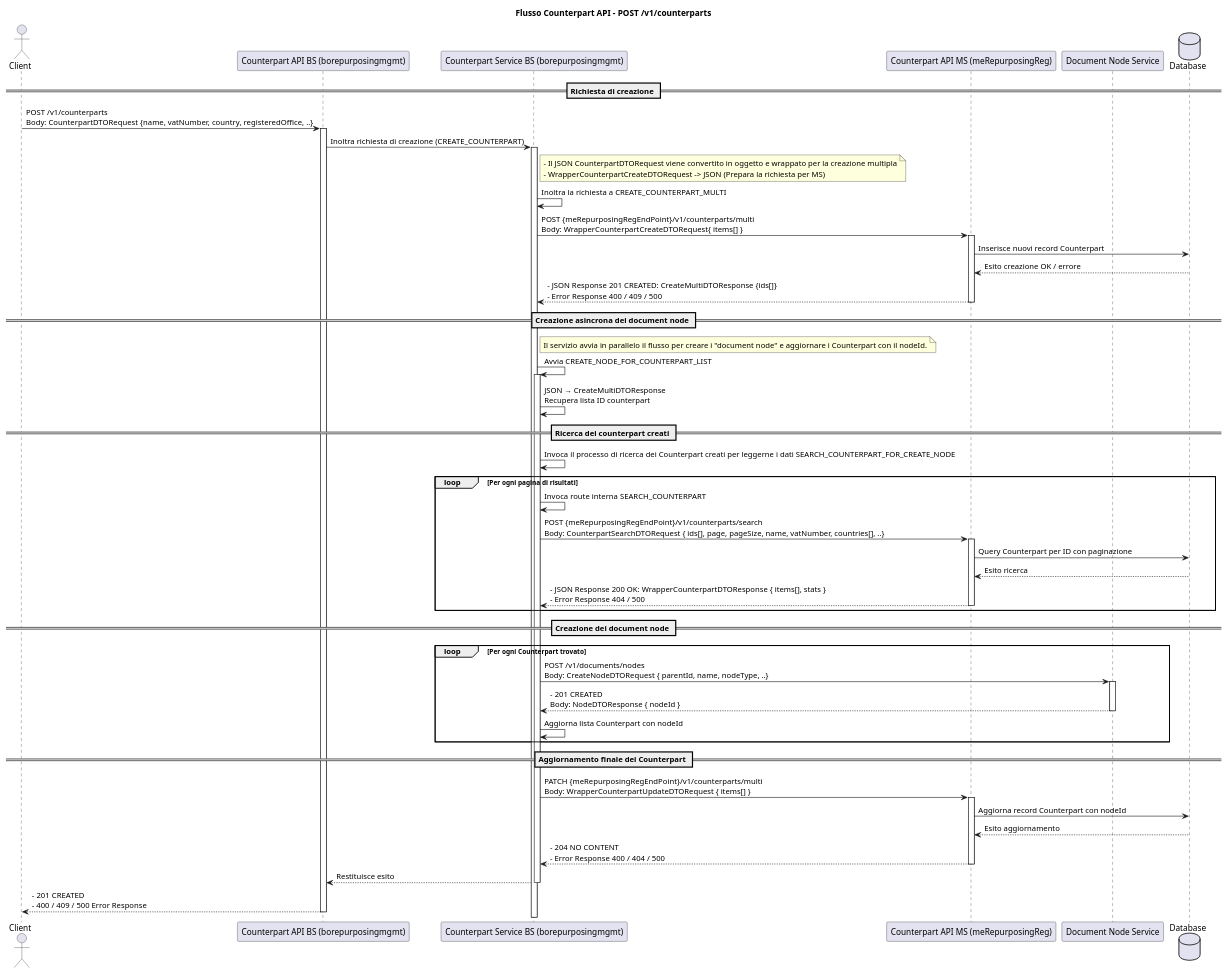
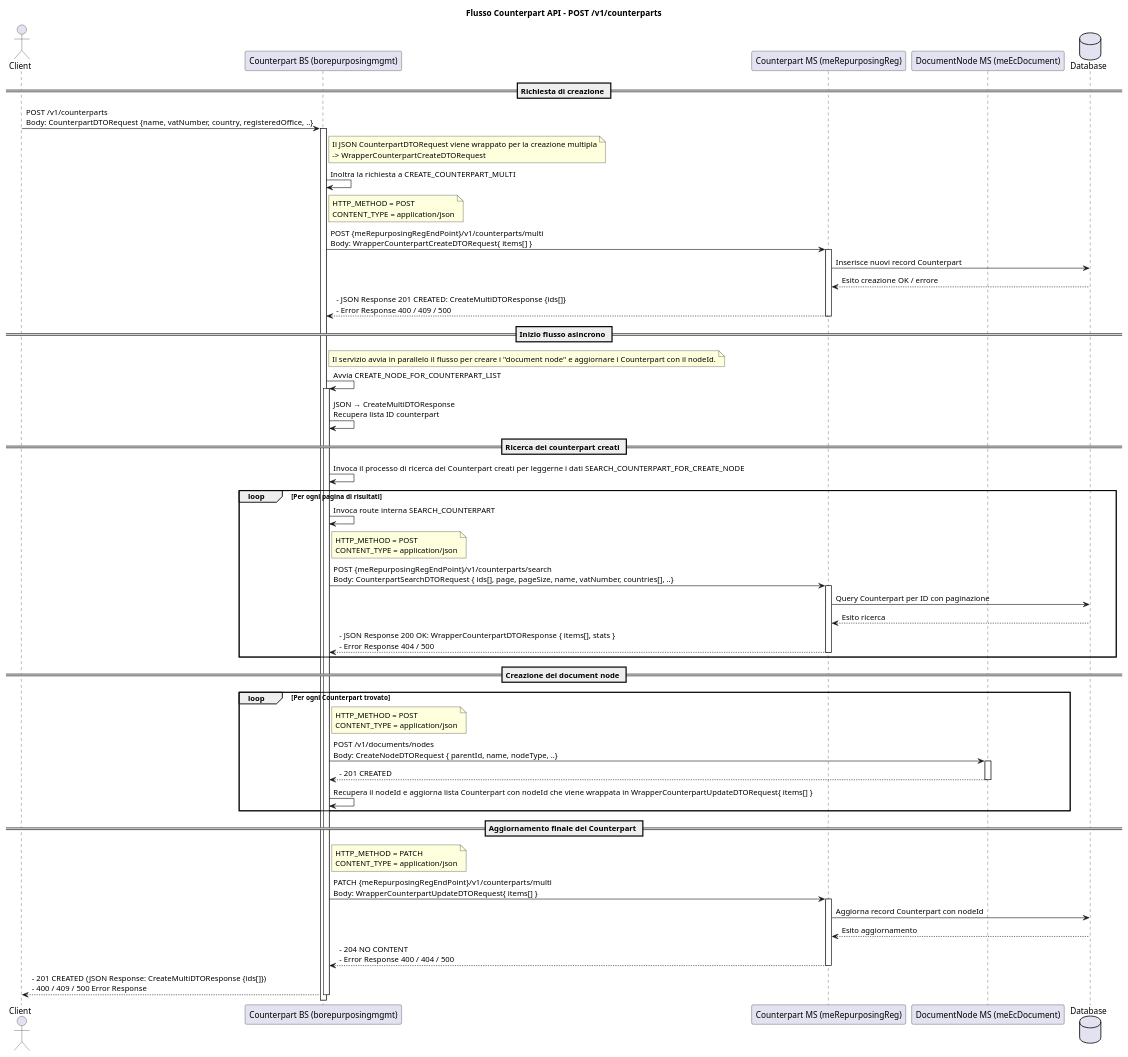
Before and after one commit to Tonio-D-San/MdToOther: the diagram in Documentazione/Counterpart/snippets/post_v1_counterparts_create.puml, drawn with PlantUML. The commit also changed 10 other files, not shown here.

Commit message:
refactor: update documentation for Counterpart and Plant APIs to reflect microservice architecture changes

```diff
--- a/Documentazione/Counterpart/snippets/post_v1_counterparts_create.puml
+++ b/Documentazione/Counterpart/snippets/post_v1_counterparts_create.puml
@@ -1,77 +1,86 @@
 @startuml
 title Flusso Counterpart API - POST /v1/counterparts
 
 actor Client as C
-participant "Counterpart API BS (borepurposingmgmt)" as API_BS
-participant "Counterpart Service BS (borepurposingmgmt)" as Service_BS
-participant "Counterpart API MS (meRepurposingReg)" as API_MS
-participant "Document Node Service" as NODE_SRV
+participant "Counterpart BS (borepurposingmgmt)" as BS
+participant "Counterpart MS (meRepurposingReg)" as MS
+participant "DocumentNode MS (meEcDocument)" as DMS
 database "Database" as DB
 
 == Richiesta di creazione ==
-C -> API_BS : POST /v1/counterparts\nBody: CounterpartDTORequest {name, vatNumber, country, registeredOffice, ..}
-activate API_BS
+C -> BS : POST /v1/counterparts\nBody: CounterpartDTORequest {name, vatNumber, country, registeredOffice, ..}
+activate BS
 
-API_BS -> Service_BS : Inoltra richiesta di creazione (CREATE_COUNTERPART)
-activate Service_BS
-
-note right of Service_BS
-- Il JSON CounterpartDTORequest viene convertito in oggetto e wrappato per la creazione multipla
-- WrapperCounterpartCreateDTORequest -> JSON (Prepara la richiesta per MS)
+note right of BS
+Il JSON CounterpartDTORequest viene wrappato per la creazione multipla
+-> WrapperCounterpartCreateDTORequest
 end note
 
-Service_BS -> Service_BS : Inoltra la richiesta a CREATE_COUNTERPART_MULTI 
-Service_BS -> API_MS : POST {meRepurposingRegEndPoint}/v1/counterparts/multi\nBody: WrapperCounterpartCreateDTORequest{ items[] }
-activate API_MS
+BS -> BS : Inoltra la richiesta a CREATE_COUNTERPART_MULTI 
+note right of BS
+  HTTP_METHOD = POST
+  CONTENT_TYPE = application/json
+end note 
+BS -> MS : POST {meRepurposingRegEndPoint}/v1/counterparts/multi\nBody: WrapperCounterpartCreateDTORequest{ items[] }
+activate MS
 
-API_MS -> DB : Inserisce nuovi record Counterpart
-DB --> API_MS : Esito creazione OK / errore
-API_MS --> Service_BS : - JSON Response 201 CREATED: CreateMultiDTOResponse {ids[]} \n- Error Response 400 / 409 / 500
-deactivate API_MS
+MS -> DB : Inserisce nuovi record Counterpart
+DB --> MS : Esito creazione OK / errore
+MS --> BS : - JSON Response 201 CREATED: CreateMultiDTOResponse {ids[]} \n- Error Response 400 / 409 / 500
+deactivate MS
 
-== Creazione asincrona dei document node ==
-note right of Service_BS
+== Inizio flusso asincrono ==
+note right of BS
 Il servizio avvia in parallelo il flusso per creare i "document node" e aggiornare i Counterpart con il nodeId.
 end note
 
-Service_BS -> Service_BS : Avvia CREATE_NODE_FOR_COUNTERPART_LIST
-activate Service_BS
+BS -> BS : Avvia CREATE_NODE_FOR_COUNTERPART_LIST
+activate BS
 
-Service_BS -> Service_BS : JSON → CreateMultiDTOResponse\nRecupera lista ID counterpart 
+BS -> BS : JSON → CreateMultiDTOResponse\nRecupera lista ID counterpart 
 
 == Ricerca dei counterpart creati ==
-Service_BS -> Service_BS : Invoca il processo di ricerca dei Counterpart creati per leggerne i dati SEARCH_COUNTERPART_FOR_CREATE_NODE
+BS -> BS : Invoca il processo di ricerca dei Counterpart creati per leggerne i dati SEARCH_COUNTERPART_FOR_CREATE_NODE
 loop Per ogni pagina di risultati
-    Service_BS -> Service_BS : Invoca route interna SEARCH_COUNTERPART
-    Service_BS -> API_MS : POST {meRepurposingRegEndPoint}/v1/counterparts/search\nBody: CounterpartSearchDTORequest { ids[], page, pageSize, name, vatNumber, countries[], ..}
-    activate API_MS
-    API_MS -> DB : Query Counterpart per ID con paginazione
-    DB --> API_MS : Esito ricerca
-    API_MS --> Service_BS : - JSON Response 200 OK: WrapperCounterpartDTOResponse { items[], stats } \n- Error Response 404 / 500
-    deactivate API_MS
+    BS -> BS : Invoca route interna SEARCH_COUNTERPART
+    note right of BS
+      HTTP_METHOD = POST
+      CONTENT_TYPE = application/json
+    end note
+    BS -> MS : POST {meRepurposingRegEndPoint}/v1/counterparts/search\nBody: CounterpartSearchDTORequest { ids[], page, pageSize, name, vatNumber, countries[], ..}
+    activate MS
+    MS -> DB : Query Counterpart per ID con paginazione
+    DB --> MS : Esito ricerca
+    MS --> BS : - JSON Response 200 OK: WrapperCounterpartDTOResponse { items[], stats } \n- Error Response 404 / 500
+    deactivate MS
 end loop
 
 == Creazione dei document node ==
 loop Per ogni Counterpart trovato
-    Service_BS -> NODE_SRV : POST /v1/documents/nodes\nBody: CreateNodeDTORequest { parentId, name, nodeType, ..}
-    activate NODE_SRV
-    NODE_SRV --> Service_BS : - 201 CREATED \nBody: NodeDTOResponse { nodeId }
-    deactivate NODE_SRV
-    Service_BS -> Service_BS : Aggiorna lista Counterpart con nodeId
+    note right of BS
+      HTTP_METHOD = POST
+      CONTENT_TYPE = application/json
+    end note
+    BS -> DMS : POST /v1/documents/nodes\nBody: CreateNodeDTORequest { parentId, name, nodeType, ..}
+    activate DMS
+    DMS --> BS : - 201 CREATED
+    deactivate DMS
+    BS -> BS : Recupera il nodeId e aggiorna lista Counterpart con nodeId che viene wrappata in WrapperCounterpartUpdateDTORequest{ items[] }
 end loop
 
 == Aggiornamento finale dei Counterpart ==
-Service_BS -> API_MS : PATCH {meRepurposingRegEndPoint}/v1/counterparts/multi\nBody: WrapperCounterpartUpdateDTORequest { items[] }
-activate API_MS
-API_MS -> DB : Aggiorna record Counterpart con nodeId
-DB --> API_MS : Esito aggiornamento
-API_MS --> Service_BS : - 204 NO CONTENT \n- Error Response 400 / 404 / 500
-deactivate API_MS
+note right of BS
+  HTTP_METHOD = PATCH
+  CONTENT_TYPE = application/json
+end note
+BS -> MS : PATCH {meRepurposingRegEndPoint}/v1/counterparts/multi\nBody: WrapperCounterpartUpdateDTORequest{ items[] }
+activate MS
+MS -> DB : Aggiorna record Counterpart con nodeId
+DB --> MS : Esito aggiornamento
+MS --> BS : - 204 NO CONTENT \n- Error Response 400 / 404 / 500
+deactivate MS
 
-Service_BS --> API_BS : Restituisce esito
-deactivate Service_BS
-
-API_BS --> C : - 201 CREATED \n- 400 / 409 / 500 Error Response
-deactivate API_BS
+BS --> C : - 201 CREATED (JSON Response: CreateMultiDTOResponse {ids[]}) \n- 400 / 409 / 500 Error Response
+deactivate BS
 
 @enduml
```
